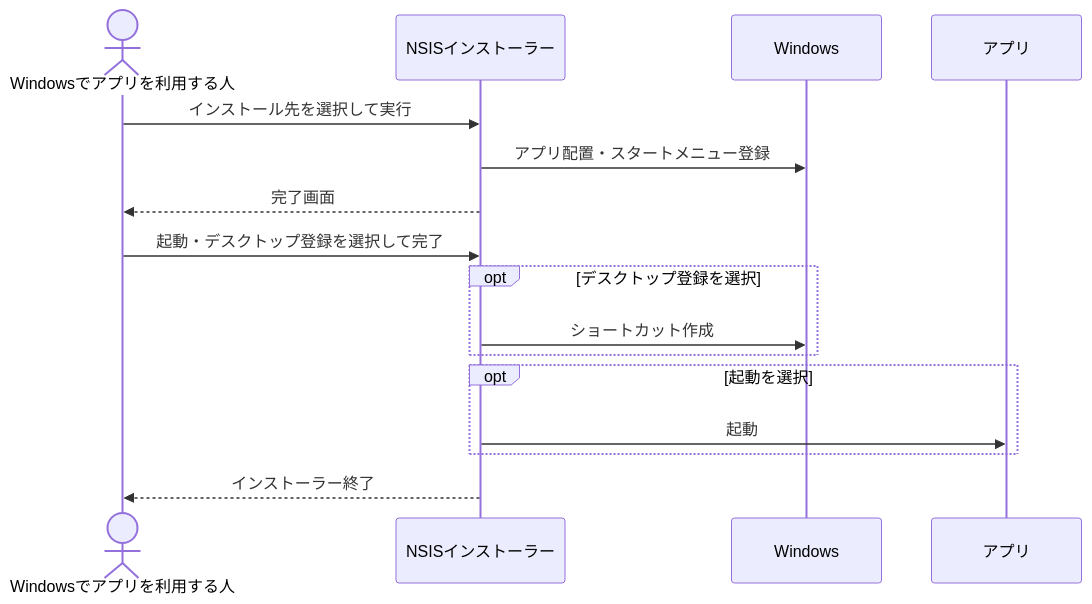
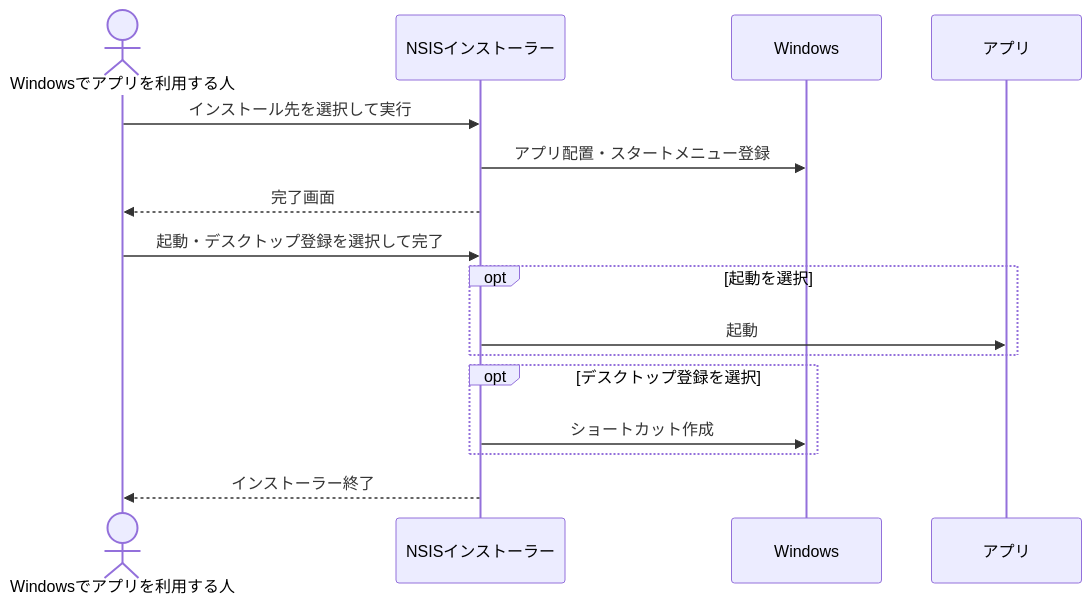
One commit to nuitsjp/azfoundry-deck changed the second of 2 diagrams in docs/design/UCP-2.md. Above: the diagram before and after it, drawn with Mermaid. The commit also changed other lines of this file and 5 other files, not shown here.

````diff
--- a/docs/design/UCP-2.md
+++ b/docs/design/UCP-2.md
@@ -46,18 +46,18 @@
 ```mermaid
 sequenceDiagram
     actor User as Windowsでアプリを利用する人
     participant Installer as NSISインストーラー
     participant Windows as Windows
     participant App as アプリ
     User->>Installer: インストール先を選択して実行
     Installer->>Windows: アプリ配置・スタートメニュー登録
     Installer-->>User: 完了画面
     User->>Installer: 起動・デスクトップ登録を選択して完了
+    opt 起動を選択
+        Installer->>App: 起動
+    end
     opt デスクトップ登録を選択
         Installer->>Windows: ショートカット作成
     end
-    opt 起動を選択
-        Installer->>App: 起動
-    end
     Installer-->>User: インストーラー終了
 ```
````
